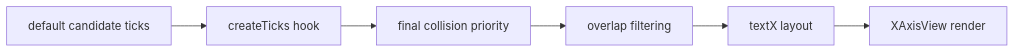
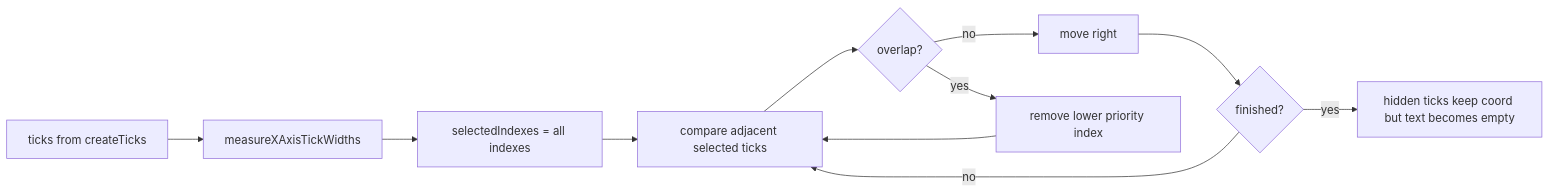
The fourth of 5 diagrams in readme.md (pre1ude/KLineChart), drawn with Mermaid before and after one commit. The commit also changed other lines of this file, not shown here.

````diff
--- a/readme.md
+++ b/readme.md
@@ -357,8 +287,13 @@
 ```mermaid
 flowchart LR
-  A["default candidate ticks"] --> B["createTicks hook"]
-  B --> C["final collision priority"]
-  C --> D["overlap filtering"]
-  D --> E["textX layout"]
-  E --> F["XAxisView render"]
+  A["ticks from createTicks"] --> B["measureXAxisTickWidths"]
+  B --> C["selectedIndexes = all indexes"]
+  C --> D["compare adjacent selected ticks"]
+  D --> E{"overlap?"}
+  E -->|no| F["move right"]
+  E -->|yes| G["remove lower priority index"]
+  G --> D
+  F --> H{"finished?"}
+  H -->|no| D
+  H -->|yes| I["hidden ticks keep coord but text becomes empty"]
 ```
````
